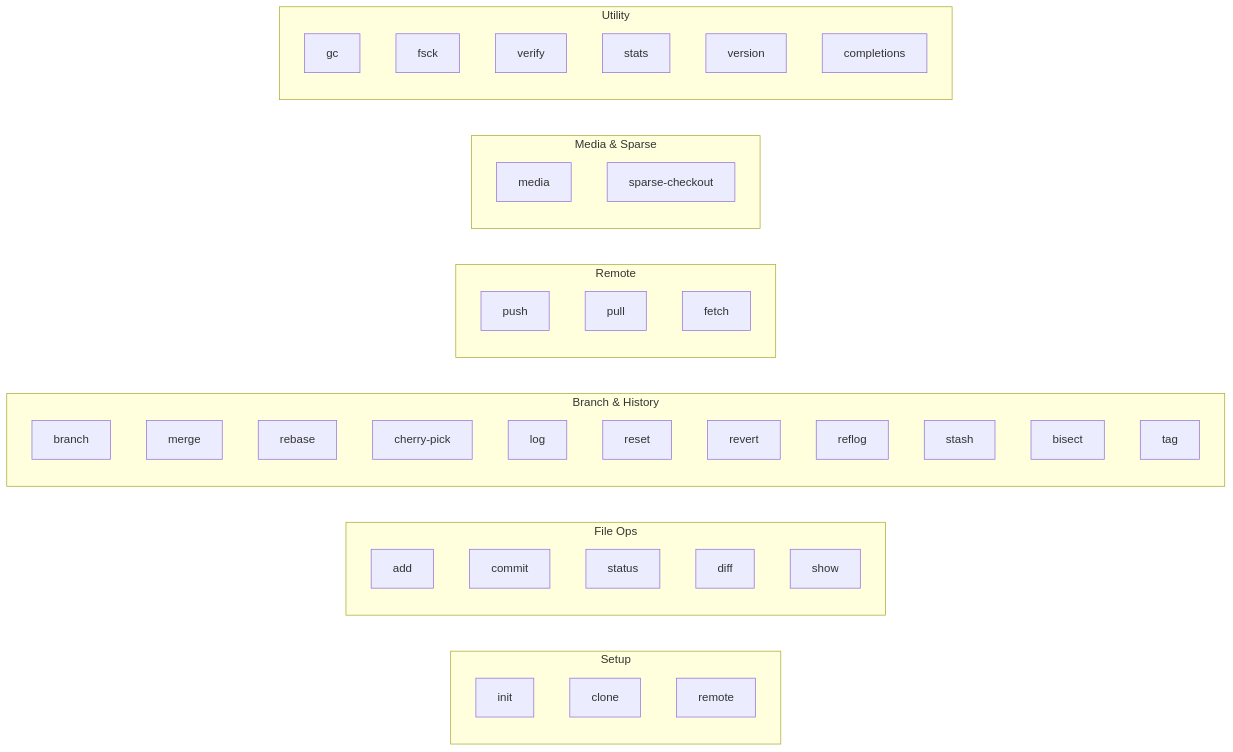
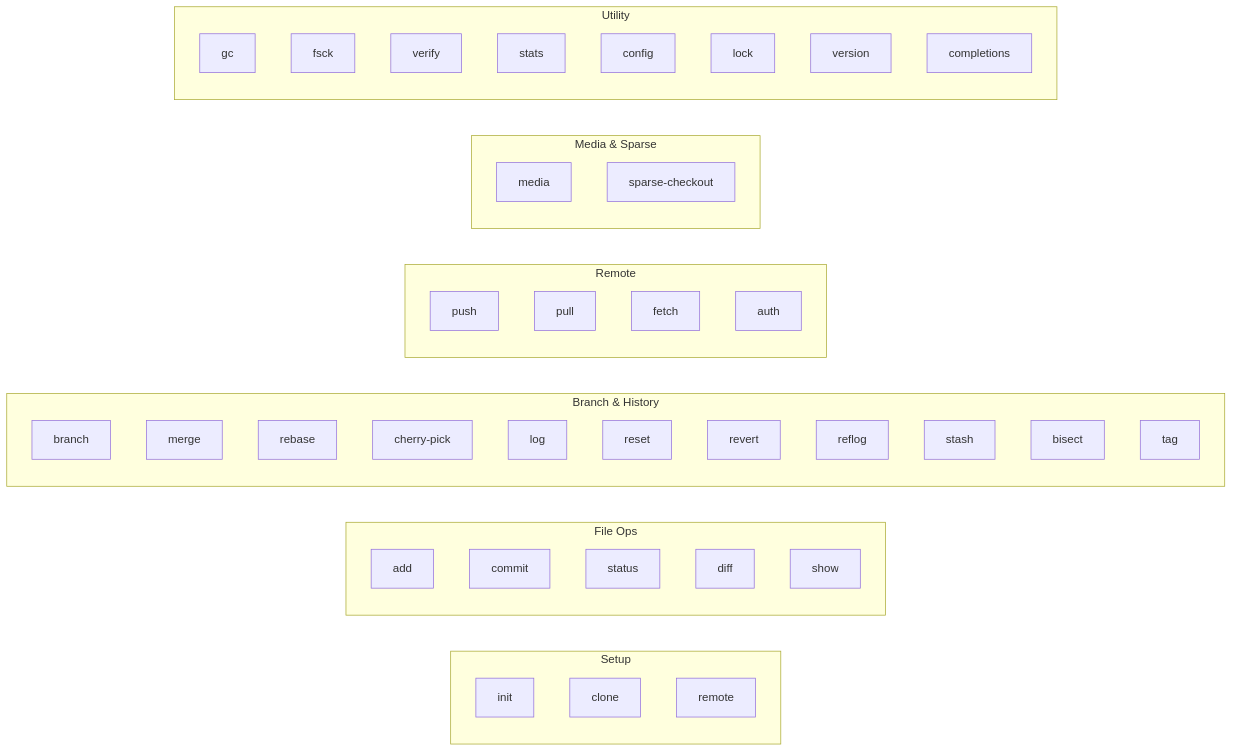
One commit to winnyboy5/mediagit-core changed the first of 2 diagrams in CLI_REFERENCE.md. Above: the diagram before and after it, drawn with Mermaid. The commit also changed other lines of this file and 1 other file, not shown here.

````diff
--- a/CLI_REFERENCE.md
+++ b/CLI_REFERENCE.md
@@ -11,45 +11,48 @@
 ```mermaid
 graph LR
     subgraph Setup
         init
         clone
         remote
     end
     subgraph "File Ops"
         add
         commit
         status
         diff
         show
     end
     subgraph "Branch & History"
         branch
         merge
         rebase
         cherry-pick
         log
         reset
         revert
         reflog
         stash
         bisect
         tag
     end
     subgraph Remote
         push
         pull
         fetch
+        auth
     end
     subgraph "Media & Sparse"
         media
         sparse-checkout
     end
     subgraph Utility
         gc
         fsck
         verify
         stats
+        config
+        lock
         version
         completions
     end
 ```
````
